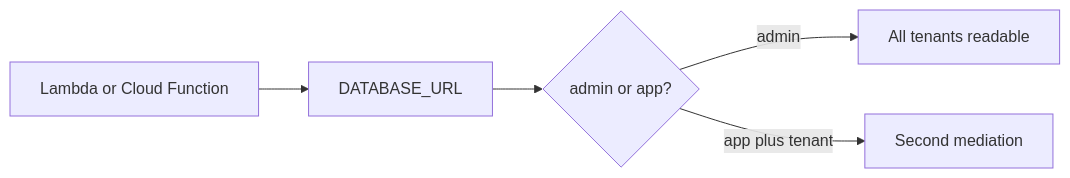
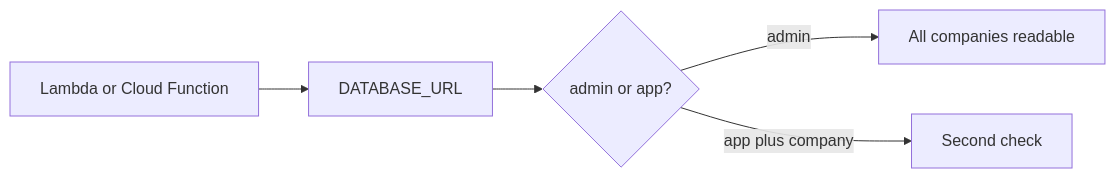
Before and after one commit to ishitvagoel/LearnSecurity: the diagram in content/modules/3/3.3/lessons/07-transfer.md, drawn with Mermaid. The commit also changed other lines of this file and 31 other files, not shown here.

````diff
--- a/content/modules/3/3.3/lessons/07-transfer.md
+++ b/content/modules/3/3.3/lessons/07-transfer.md
@@ -26,7 +27,7 @@
 ```mermaid
 flowchart LR
   Fn["Lambda or Cloud Function"] --> Secret["DATABASE_URL"]
   Secret --> Role{"admin or app?"}
-  Role -->|admin| All[All tenants readable]
-  Role -->|app plus tenant| Bound[Second mediation]
+  Role -->|admin| All[All companies readable]
+  Role -->|app plus company| Bound[Second check]
 ```
````
